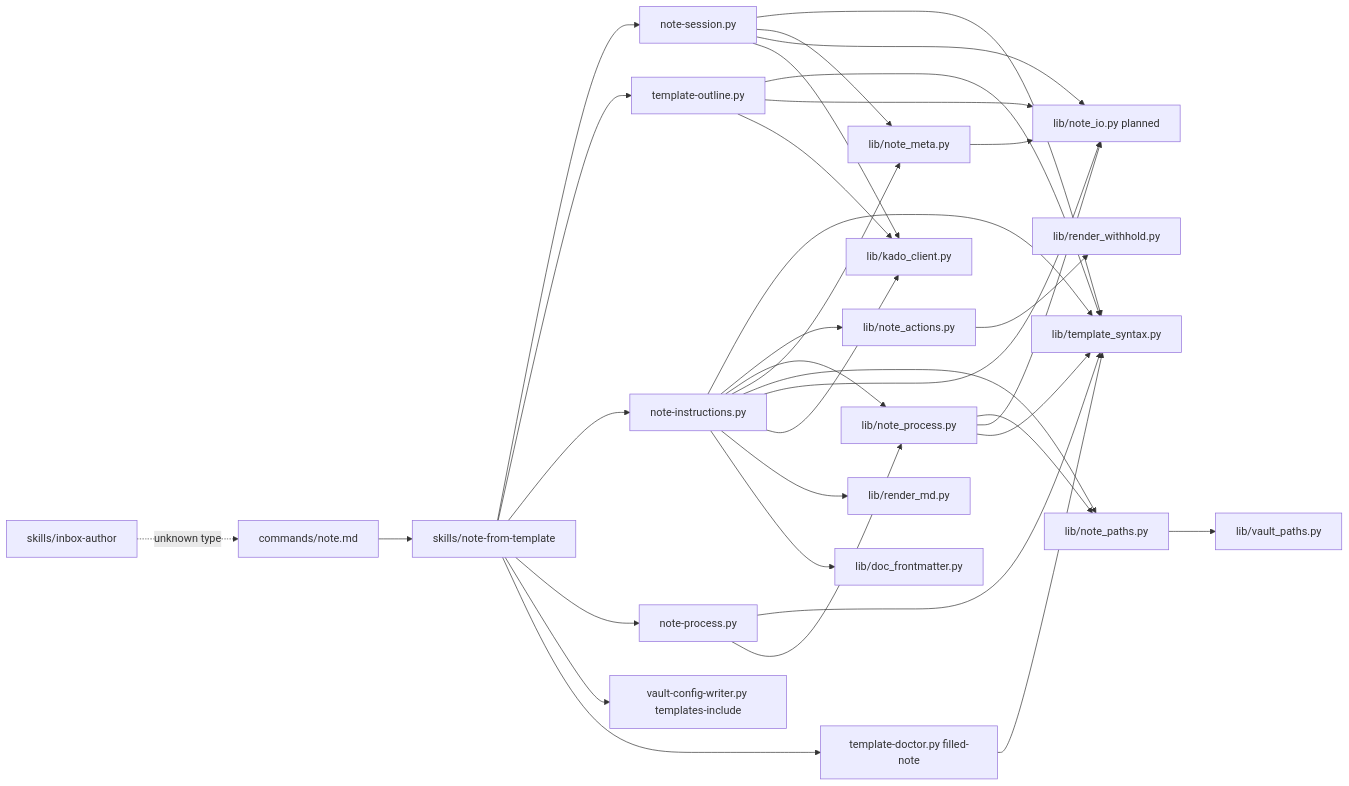
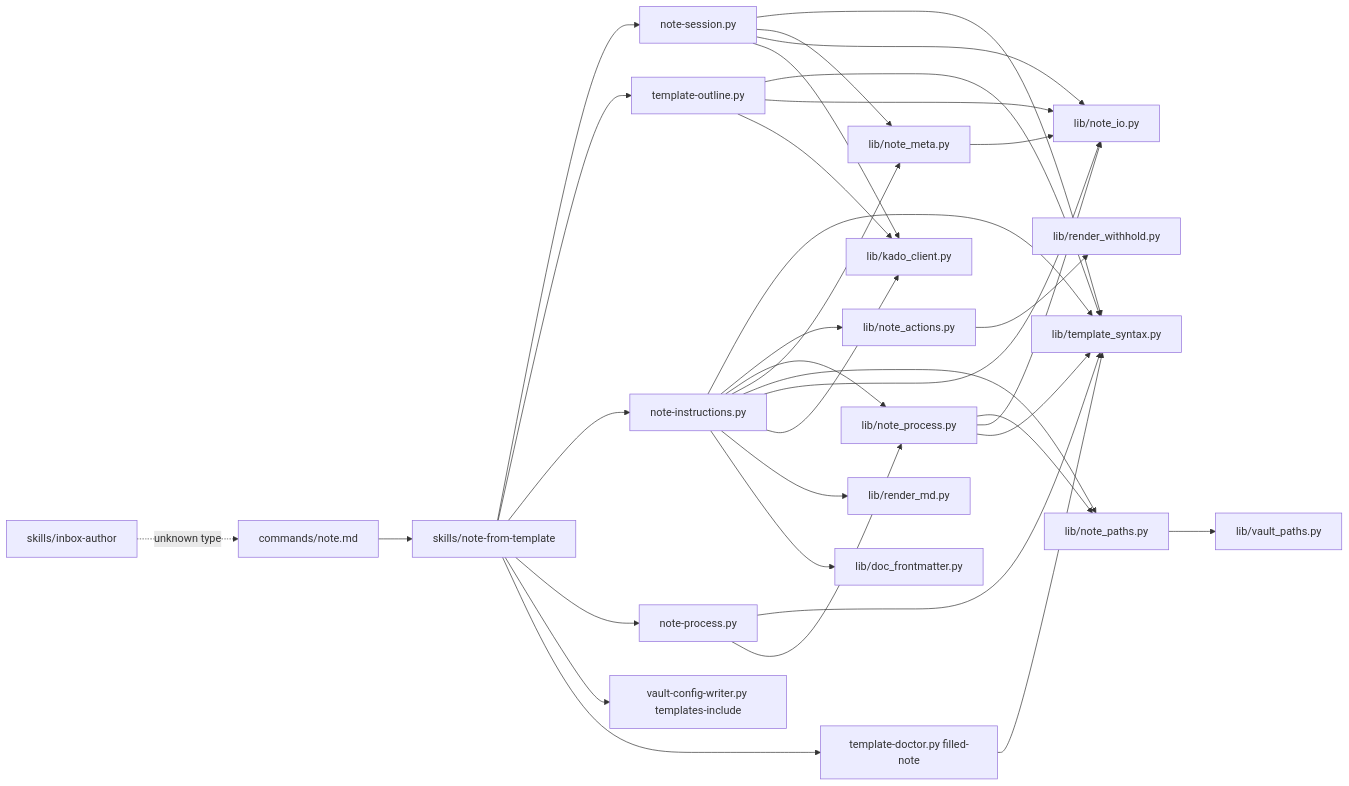
One commit to MMoMM-org/miyo-tomo changed the second of 4 diagrams in docs/XDD/specs/044-note-from-template/solution.md. Above: the diagram before and after it, drawn with Mermaid. The commit also changed other lines of this file and 1 other file, not shown here.

First line of the commit message:
docs(xdd): record lib/note_io and the process-file fence exception in spec 044

````diff
--- a/docs/XDD/specs/044-note-from-template/solution.md
+++ b/docs/XDD/specs/044-note-from-template/solution.md
@@ -223,36 +223,36 @@
 ```mermaid
 graph LR
     Cmd[commands/note.md] --> Skill[skills/note-from-template]
     Skill --> Session[note-session.py]
     Skill --> Outline[template-outline.py]
     Skill --> Instr[note-instructions.py]
     Skill --> Proc[note-process.py]
     Skill --> Writer[vault-config-writer.py templates-include]
     Skill --> Doctor[template-doctor.py filled-note]
     Session --> Syntax[lib/template_syntax.py]
     Outline --> Syntax
     Doctor --> Syntax
     Instr --> Syntax
     Instr --> Actions[lib/note_actions.py]
     Proc --> Syntax
     Proc --> ProcLib[lib/note_process.py]
     Instr --> ProcLib
     Instr --> Meta[lib/note_meta.py]
     Session --> Meta
     Instr --> Paths[lib/note_paths.py]
     ProcLib --> Paths
     Paths --> VaultPaths[lib/vault_paths.py]
-    Instr --> NoteIO[lib/note_io.py planned]
+    Instr --> NoteIO[lib/note_io.py]
     Session --> NoteIO
     Outline --> NoteIO
     Meta --> NoteIO
     ProcLib --> NoteIO
     ProcLib --> Syntax
     Session --> Kado[lib/kado_client.py]
     Outline --> Kado
     Instr --> Kado
     Actions --> Withhold[lib/render_withhold.py]
     Instr --> RenderMd[lib/render_md.py]
     Instr --> DocFm[lib/doc_frontmatter.py]
     Author[skills/inbox-author] -.unknown type.-> Cmd
 ```
````
